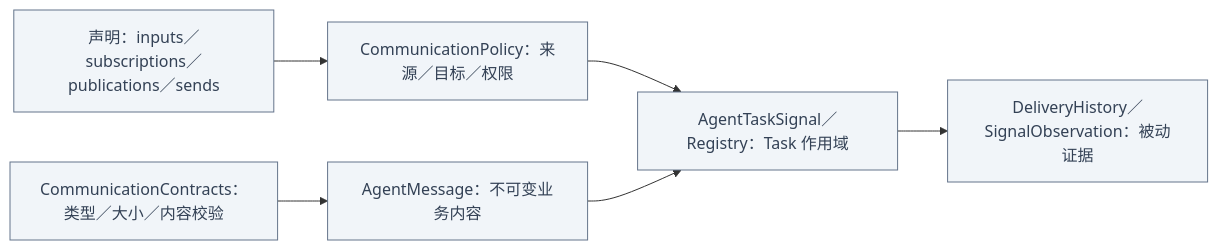
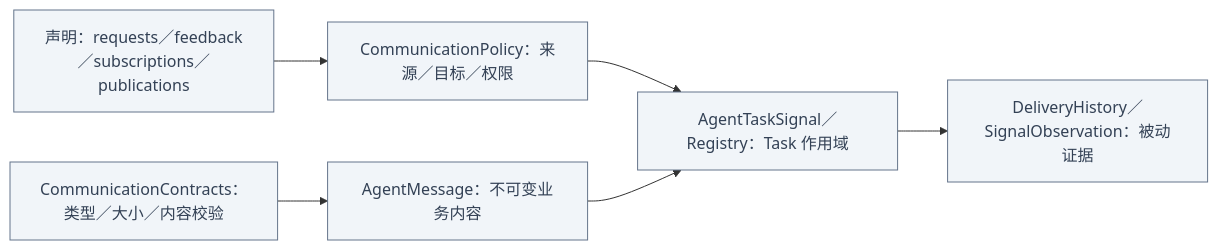
The second of 2 diagrams in MobileHarness/Agents/Support/Core/Communication/README.md (devilyouwei/MobileHarness), drawn with Mermaid before and after one commit. The commit also changed other lines of this file and 246 other files, not shown here.

````diff
--- a/MobileHarness/Agents/Support/Core/Communication/README.md
+++ b/MobileHarness/Agents/Support/Core/Communication/README.md
@@ -38,22 +38,22 @@
 ```mermaid
 flowchart LR
- D["声明：inputs／subscriptions／publications／sends"]:::host
+ D["声明：requests／feedback／subscriptions／publications"]:::host
  P["CommunicationPolicy：来源／目标／权限"]:::host
  S["CommunicationContracts：类型／大小／内容校验"]:::host
  M["AgentMessage：不可变业务内容"]:::host
  T["AgentTaskSignal／Registry：Task 作用域"]:::host
  H["DeliveryHistory／SignalObservation：被动证据"]:::host
  D --> P
  S --> M
  P --> T
  M --> T
  T --> H
  classDef ui fill:#e0f2fe,stroke:#0284c7,color:#0c4a6e
  classDef platform fill:#dcfce7,stroke:#16a34a,color:#14532d
  classDef model fill:#f3e8ff,stroke:#9333ea,color:#581c87
  classDef storage fill:#fef3c7,stroke:#d97706,color:#78350f
  classDef agent fill:#eef2ff,stroke:#6366f1,color:#312e81
  classDef gateway fill:#ffedd5,stroke:#ea580c,color:#7c2d12
  classDef action fill:#ffe4e6,stroke:#e11d48,color:#881337
  classDef host fill:#f1f5f9,stroke:#64748b,color:#334155
 ```
````
